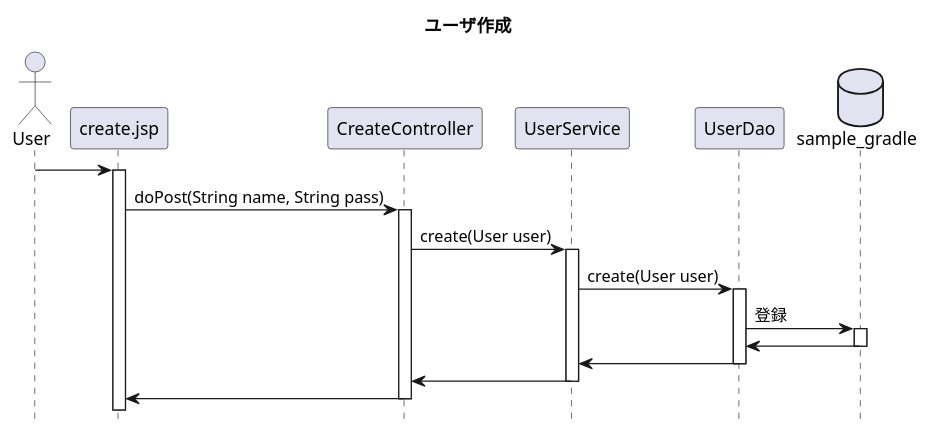
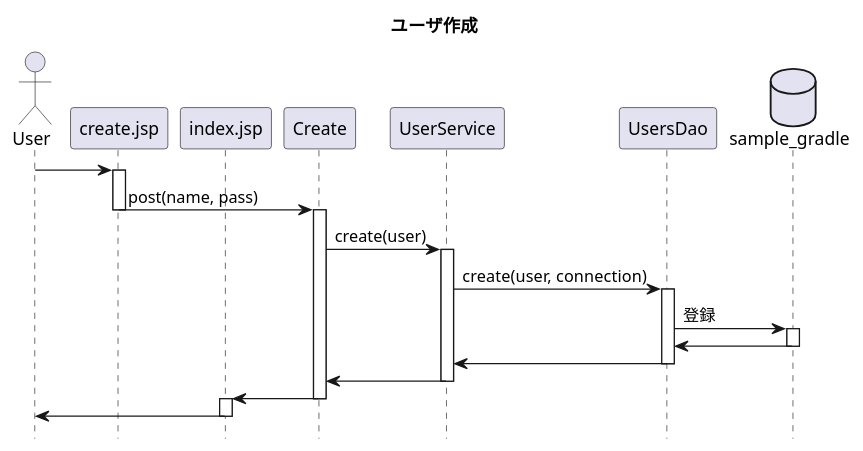
Before and after one commit to HazeyamaLab/Sample: the diagram in docs/sequence/user/create.pu, drawn with PlantUML. The commit also changed 4 other files, not shown here.

Commit message:
update :シーケンス図の判定 finish : 呼び出した先ににメソッドがあるかの判断 戻りの判定未着手 呼び出したクラス自身に必ず戻るからスタックで実装する

```diff
--- a/docs/sequence/user/create.pu
+++ b/docs/sequence/user/create.pu
@@ -1,52 +1,57 @@
 @startuml
 
 'メソッド名をが遷移に記述'
 'コード間のメソッドに引数が必要な時は(型 引数名, )の中に記述'
 'モデルの記述'
 'データベースは "database データベース名 as usersと記述する '
 
 'タイトルを記述'
 title ユーザ作成
 
 'シーケンスの縦線の下部にシーケンスボックスを出すかどうか(hideで出さない)指定する.'
 hide footbox
 
 'アクター'
 actor User as user
 
 participant create.jsp as view
-participant CreateController as controller
+participant index.jsp as view2
+participant Create as controller
 participant UserService as service
-participant UserDao as dao
+participant UsersDao as dao
 database sample_gradle as users
 
 '繊維'
-user -> view :
+user -> view
 
 activate view
-view -> controller :doPost(String name, String pass)
+view -> controller :post(name, pass)
+deactivate view
 
 activate controller
-controller -> service :create(User user)
+controller -> service :create(user)
 
 activate service
-service -> dao :create(User user)
+service -> dao :create(user, connection)
 
 activate dao
 dao -> users :登録
 
 activate users
-users -> dao :
-
+users -> dao
 deactivate users
 
 dao -> service
 deactivate dao
 
 service -> controller
 deactivate service
 
-controller ->  view
+controller ->  view2
 deactivate controller
 
+activate view2
+view2 -> user
+deactivate view2
+
 @enduml
```
